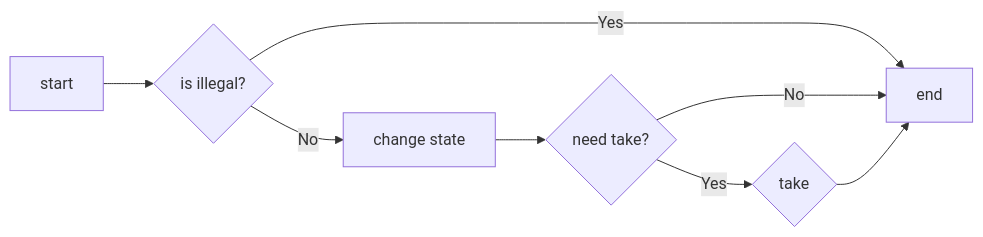
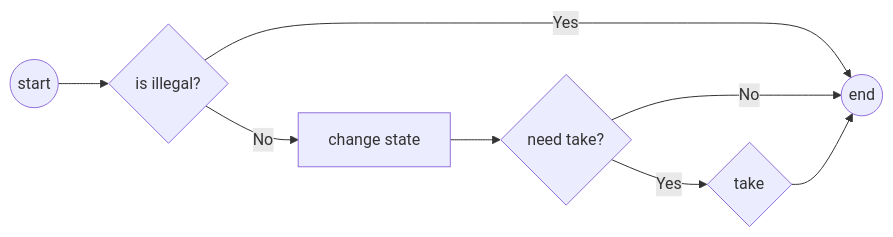
One commit to mapleque/jjyygo changed the second of 3 diagrams in README.md. Above: the diagram before and after it, drawn with Mermaid. The commit also changed other lines of this file, not shown here.

Commit message:
feat: check illegal

````diff
--- a/README.md
+++ b/README.md
@@ -24,10 +24,10 @@
 ```mermaid
 flowchart LR
-S[start] --> checkIllegal{is illegal?}
-checkIllegal --> |Yes|E[end]
+S((start)) --> checkIllegal{is illegal?}
+checkIllegal --> |Yes|E((end))
 checkIllegal --> |No|changeState[change state]
 changeState --> needTake{need take?}
 needTake --> |No|E
 needTake --> |Yes|take{take}
 take --> E
 ```
````
